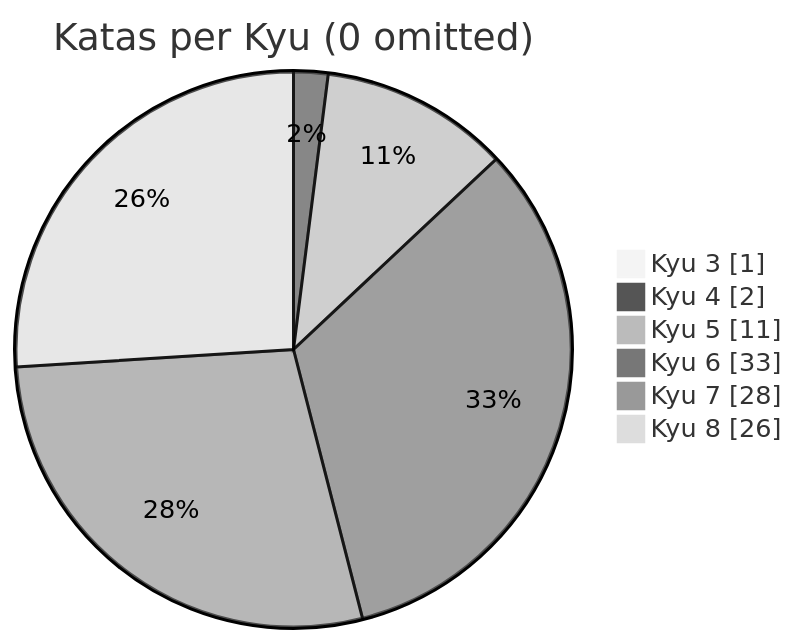
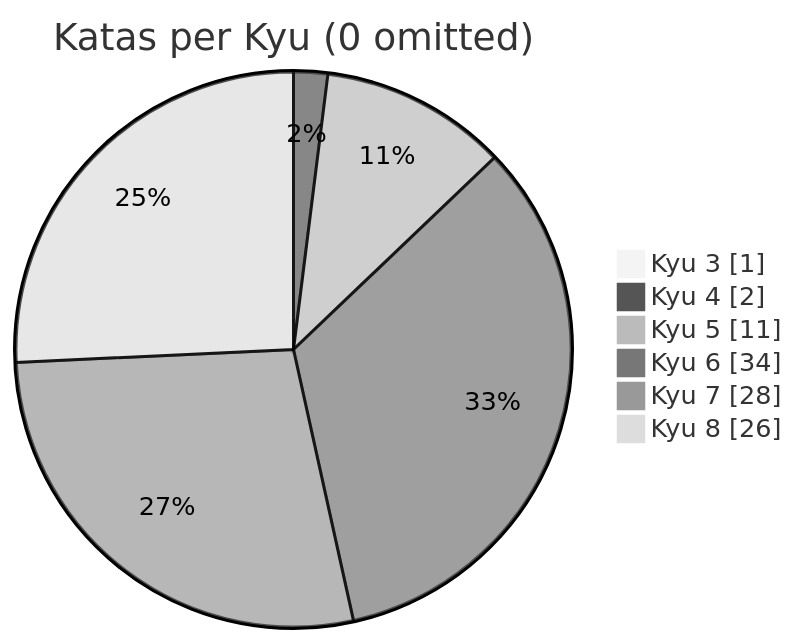
Before and after one commit to MauricioLudwig/codewars-typescript: the diagram in README.md, drawn with Mermaid (neutral theme). The commit also changed other lines of this file, not shown here.

````diff
--- a/README.md
+++ b/README.md
@@ -21,10 +21,10 @@
 ```mermaid
 pie showData
     title Katas per Kyu (0 omitted)
 	"Kyu 3": 1
 	"Kyu 4": 2
 	"Kyu 5": 11
-	"Kyu 6": 33
+	"Kyu 6": 34
 	"Kyu 7": 28
 	"Kyu 8": 26
 ```
````
